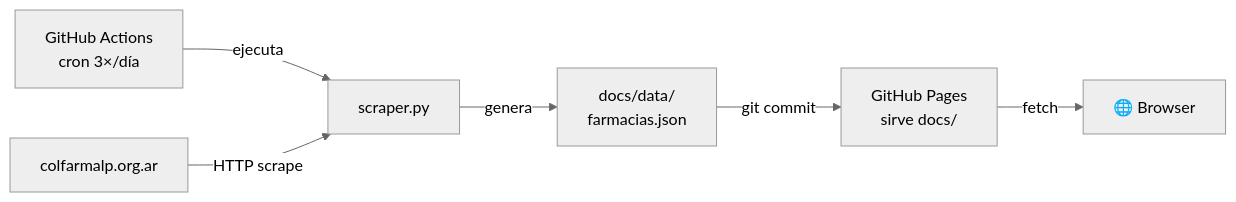
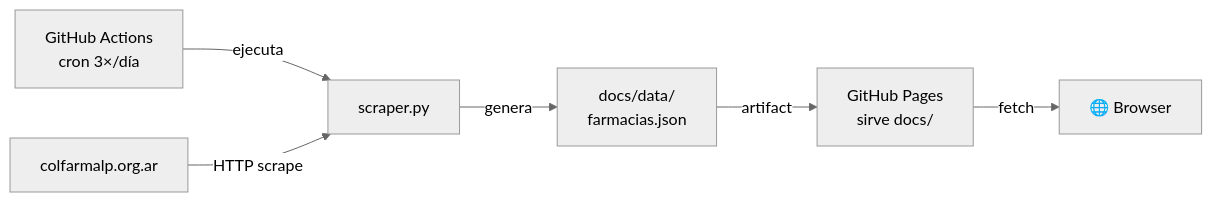
One commit to indirivacua/farmaguardia changed the diagram in README.md. Above: the diagram before and after it, drawn with Mermaid (neutral theme). The commit also changed other lines of this file and 2 other files, not shown here.

````diff
--- a/README.md
+++ b/README.md
@@ -76,15 +76,15 @@
 ```mermaid
 flowchart LR
     A[colfarmalp.org.ar]
     B[scraper.py]
     C[GitHub Actions<br/>cron 3×/día]
     D[docs/data/<br/>farmacias.json]
     E[GitHub Pages<br/>sirve docs/]
     F[🌐 Browser]
 
     C -->|ejecuta| B
     A -->|HTTP scrape| B
     B -->|genera| D
-    D -->|git commit| E
+    D -->|artifact| E
     E -->|fetch| F
 ```
````
